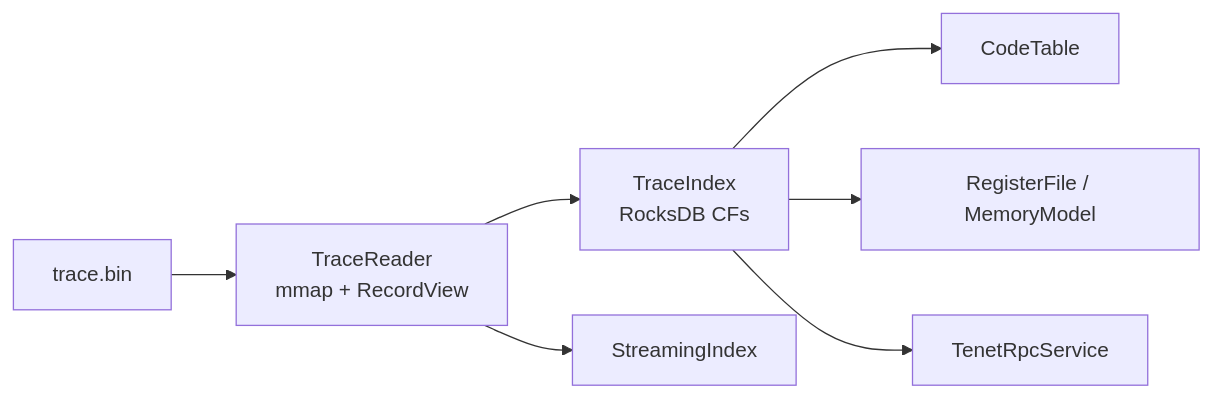
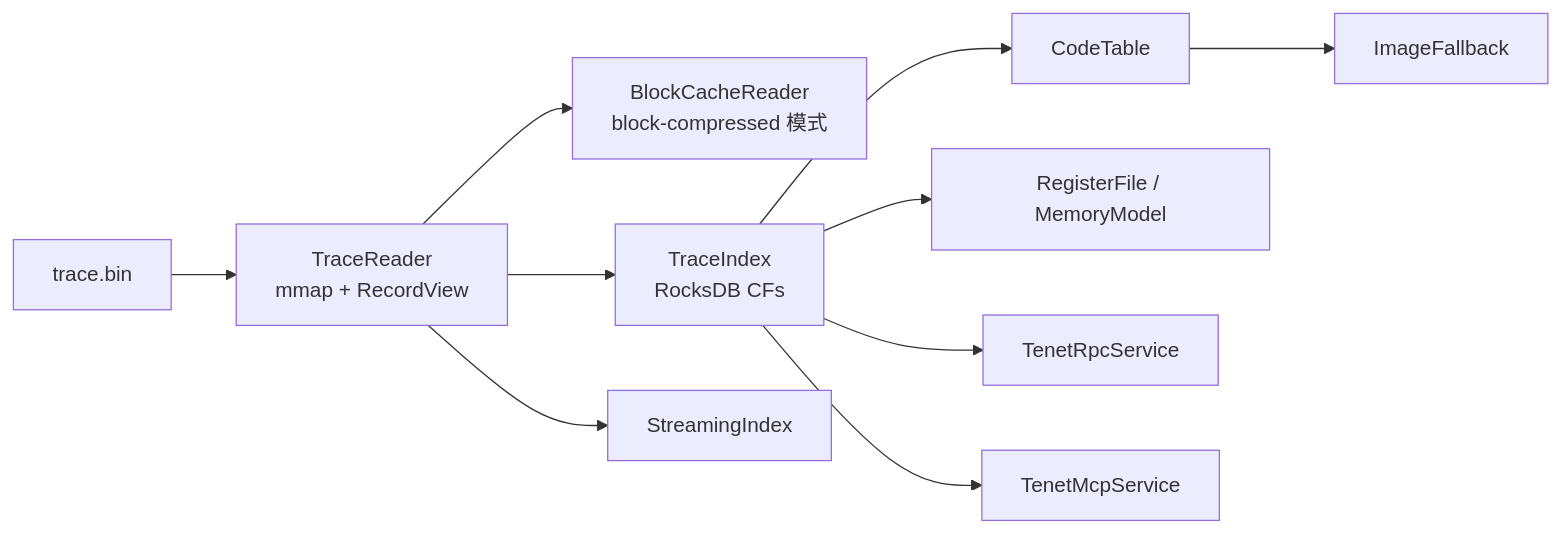
The diagram in slowmo/docs/io-layer.md (fuckreverse/retrace), drawn with Mermaid before and after one commit. The commit also changed other lines of this file and 10 other files, not shown here.

````diff
--- a/slowmo/docs/io-layer.md
+++ b/slowmo/docs/io-layer.md
@@ -23,9 +25,12 @@
 ```mermaid
 flowchart LR
     A[trace.bin] --> B[TraceReader\nmmap + RecordView]
+    B --> BC[BlockCacheReader\nblock-compressed 模式]
     B --> C[TraceIndex\nRocksDB CFs]
     C --> D[CodeTable]
+    D --> IF[ImageFallback]
     C --> E[RegisterFile / MemoryModel]
     B --> F[StreamingIndex]
     C --> G[TenetRpcService]
+    C --> H[TenetMcpService]
 ```
````
